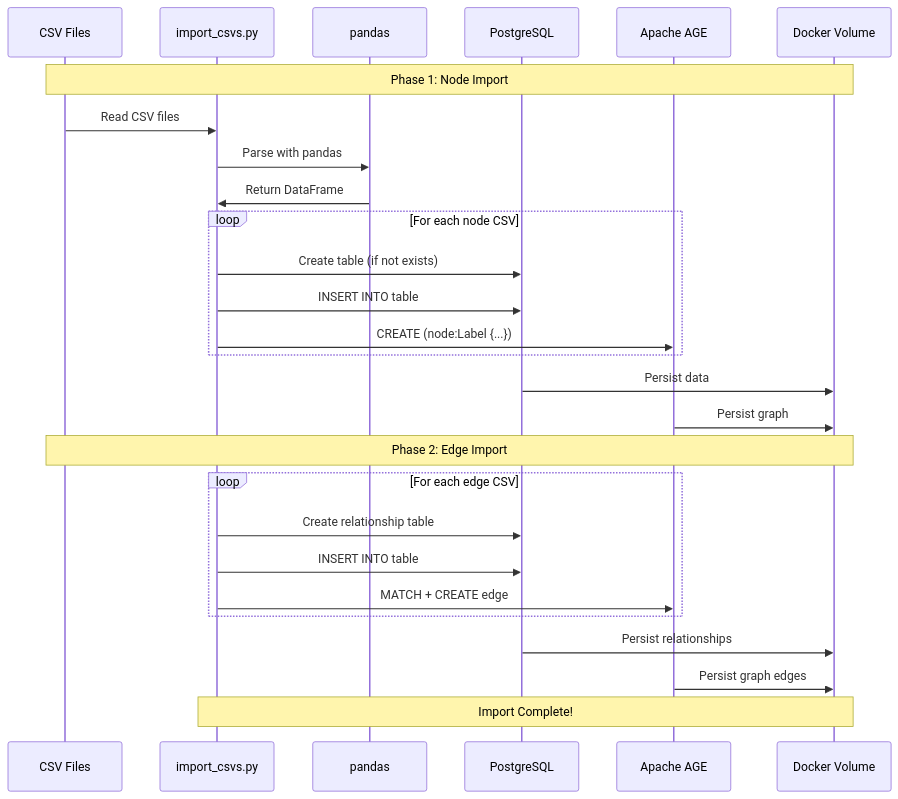
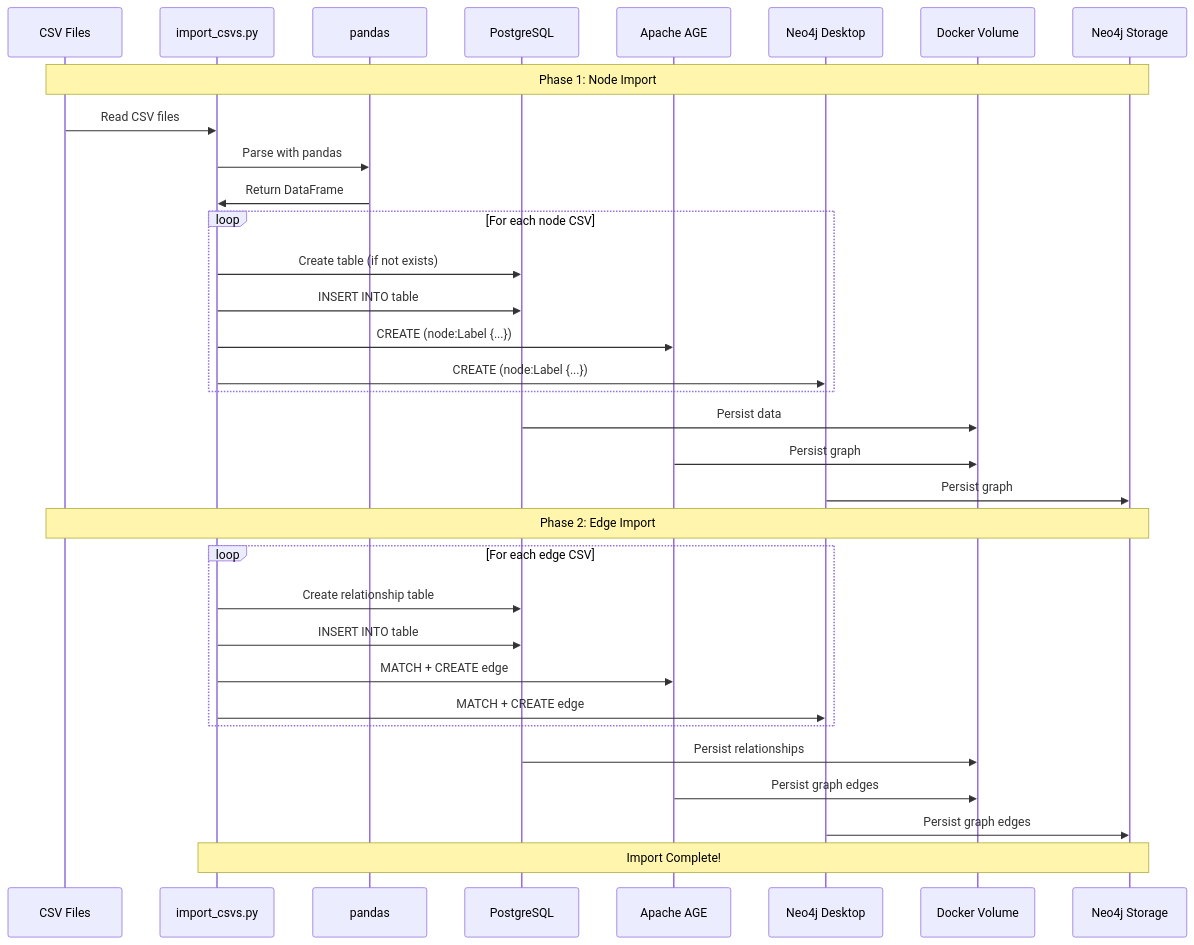
Before and after one commit to JaroWagener/test_cicd_mobilab: the fourth of 7 diagrams in SETUP.md, drawn with Mermaid. The commit also changed other lines of this file, not shown here.

````diff
--- a/SETUP.md
+++ b/SETUP.md
@@ -912,36 +943,42 @@
 ```mermaid
 sequenceDiagram
     participant CSV as CSV Files
     participant Script as import_csvs.py
     participant Pandas as pandas
     participant PG as PostgreSQL
     participant AGE as Apache AGE
+    participant Neo as Neo4j Desktop
     participant Vol as Docker Volume
+    participant NeoVol as Neo4j Storage
 
-    Note over CSV,Vol: Phase 1: Node Import
+    Note over CSV,NeoVol: Phase 1: Node Import
     CSV->>Script: Read CSV files
     Script->>Pandas: Parse with pandas
     Pandas->>Script: Return DataFrame
     
     loop For each node CSV
         Script->>PG: Create table (if not exists)
         Script->>PG: INSERT INTO table
         Script->>AGE: CREATE (node:Label {...})
+        Script->>Neo: CREATE (node:Label {...})
     end
     
     PG->>Vol: Persist data
     AGE->>Vol: Persist graph
+    Neo->>NeoVol: Persist graph
     
-    Note over CSV,Vol: Phase 2: Edge Import
+    Note over CSV,NeoVol: Phase 2: Edge Import
     
     loop For each edge CSV
         Script->>PG: Create relationship table
         Script->>PG: INSERT INTO table
         Script->>AGE: MATCH + CREATE edge
+        Script->>Neo: MATCH + CREATE edge
     end
     
     PG->>Vol: Persist relationships
     AGE->>Vol: Persist graph edges
+    Neo->>NeoVol: Persist graph edges
     
-    Note over Script,Vol: Import Complete!
+    Note over Script,NeoVol: Import Complete!
 ```
````
